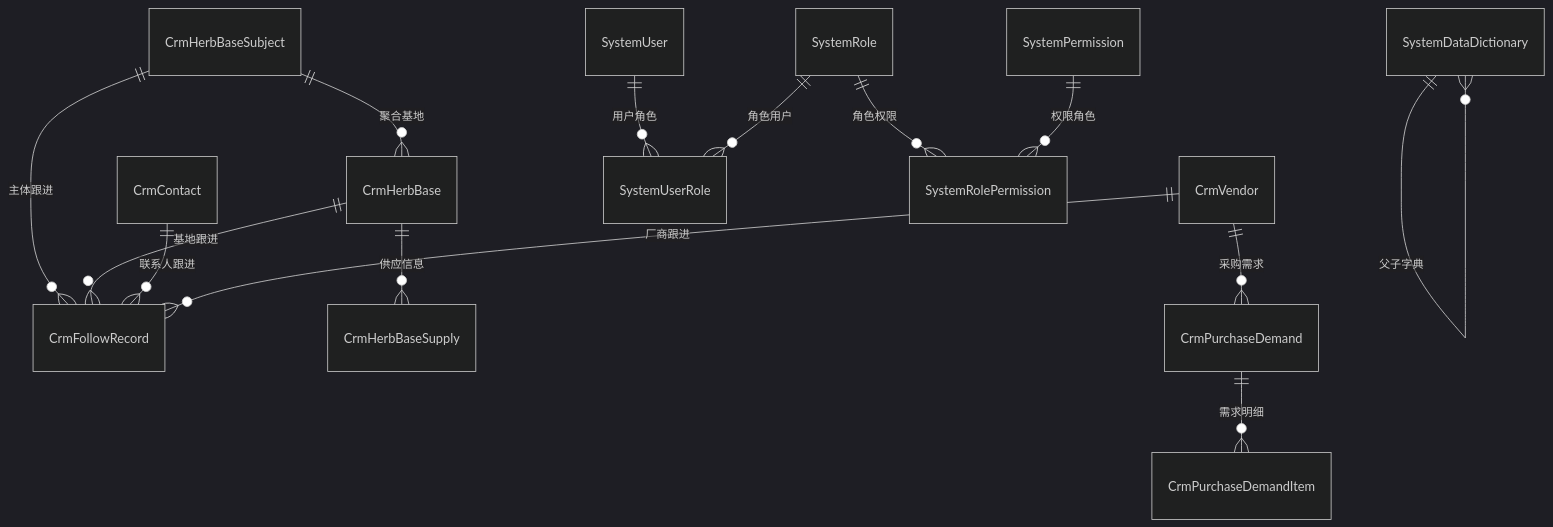
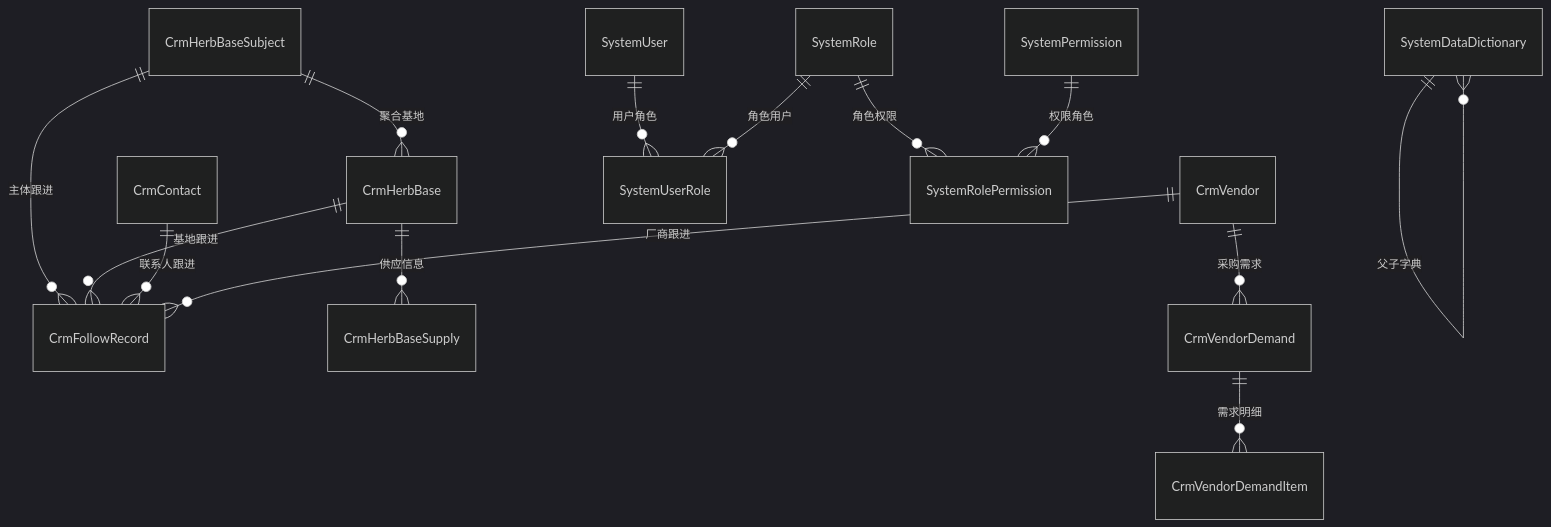
The diagram in docs/domain/实体说明.md (gouyanfeng/qps), drawn with Mermaid (dark theme) before and after one commit. The commit also changed other lines of this file and 245 other files, not shown here.

Commit message:
refactor: unify CRM product sources and vendor demands

````diff
--- a/docs/domain/实体说明.md
+++ b/docs/domain/实体说明.md
@@ -406,17 +405,17 @@
 ```mermaid
 erDiagram
     CrmHerbBaseSubject ||--o{ CrmHerbBase : "聚合基地"
     CrmHerbBaseSubject ||--o{ CrmFollowRecord : "主体跟进"
     CrmHerbBase ||--o{ CrmHerbBaseSupply : "供应信息"
     CrmHerbBase ||--o{ CrmFollowRecord : "基地跟进"
     CrmContact ||--o{ CrmFollowRecord : "联系人跟进"
-    CrmVendor ||--o{ CrmPurchaseDemand : "采购需求"
-    CrmPurchaseDemand ||--o{ CrmPurchaseDemandItem : "需求明细"
+    CrmVendor ||--o{ CrmVendorDemand : "采购需求"
+    CrmVendorDemand ||--o{ CrmVendorDemandItem : "需求明细"
     CrmVendor ||--o{ CrmFollowRecord : "厂商跟进"
 
     SystemUser ||--o{ SystemUserRole : "用户角色"
     SystemRole ||--o{ SystemUserRole : "角色用户"
     SystemRole ||--o{ SystemRolePermission : "角色权限"
     SystemPermission ||--o{ SystemRolePermission : "权限角色"
     SystemDataDictionary ||--o{ SystemDataDictionary : "父子字典"
 ```
````
